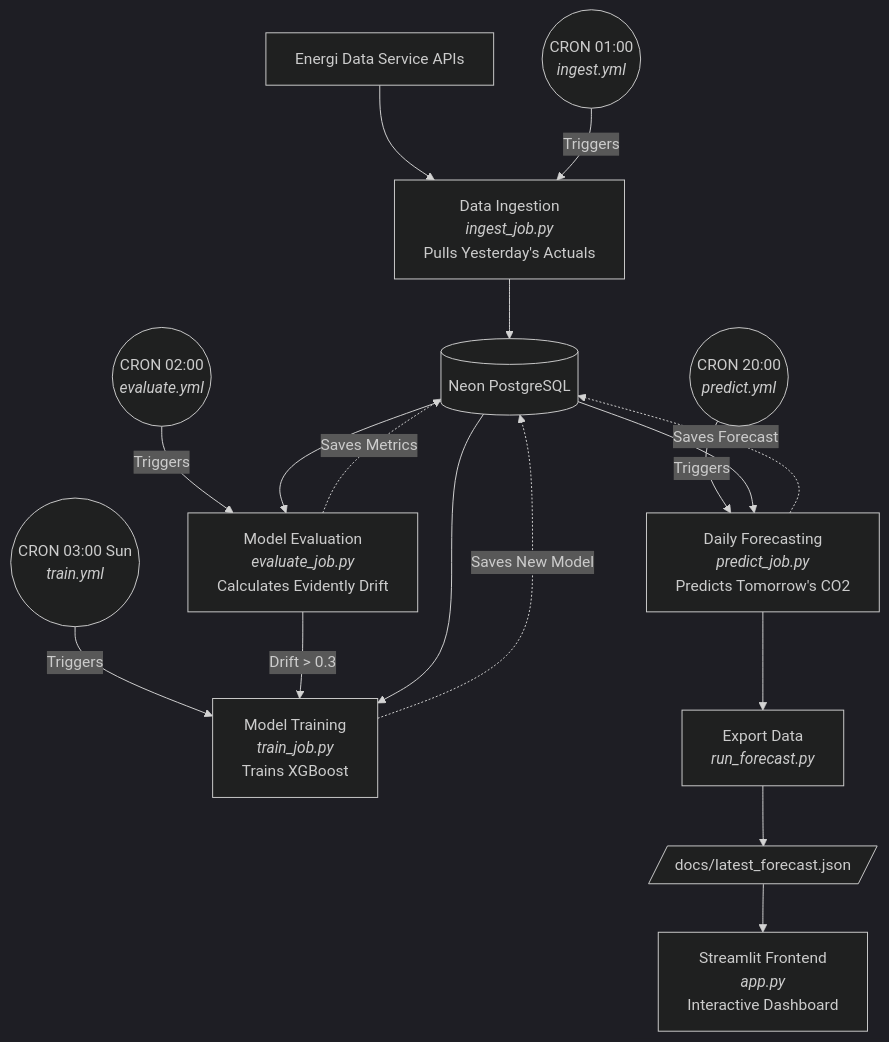
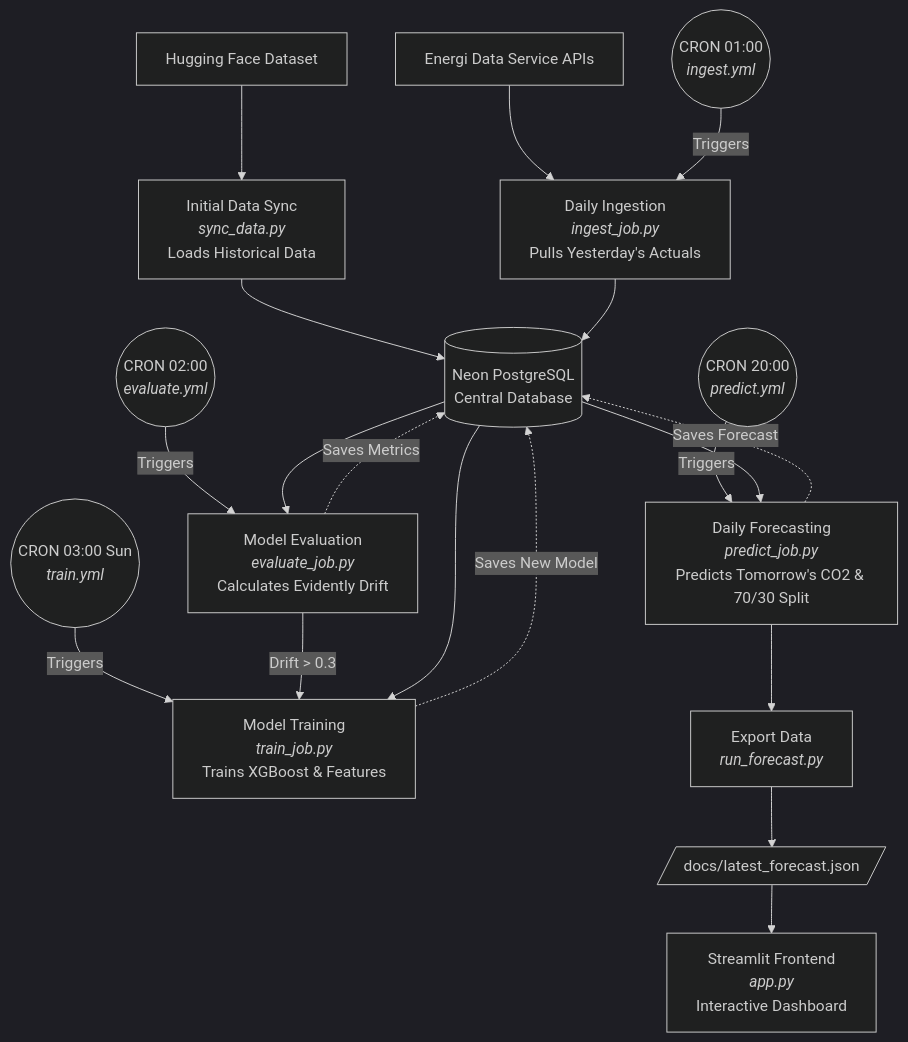
One commit to xprafulx/gridwise-guardian changed the diagram in README.md. Above: the diagram before and after it, drawn with Mermaid (dark theme). The commit also changed other lines of this file, not shown here.

````diff
--- a/README.md
+++ b/README.md
@@ -35,31 +35,35 @@
 ```mermaid
 flowchart TD
     %% External Data Sources
+    HF[Hugging Face Dataset] --> Sync
     API[Energi Data Service APIs] --> Ingest
+
+    %% 0. Initial Setup (The Bootstrap)
+    Sync[Initial Data Sync<br/><i>sync_data.py</i><br/>Loads Historical Data] --> DB[(Neon PostgreSQL<br/>Central Database)]
 
     %% 1. Ingestion Job
     CRON1((CRON 01:00<br/><i>ingest.yml</i>)) -->|Triggers| Ingest
-    Ingest[Data Ingestion<br/><i>ingest_job.py</i><br/>Pulls Yesterday's Actuals] --> DB[(Neon PostgreSQL)]
+    Ingest[Daily Ingestion<br/><i>ingest_job.py</i><br/>Pulls Yesterday's Actuals] --> DB
 
     %% 2. Evaluation Job
     CRON2((CRON 02:00<br/><i>evaluate.yml</i>)) -->|Triggers| Eval
     DB --> Eval[Model Evaluation<br/><i>evaluate_job.py</i><br/>Calculates Evidently Drift]
     Eval -. Saves Metrics .-> DB
 
     %% 3. Training Job
     CRON3((CRON 03:00 Sun<br/><i>train.yml</i>)) -->|Triggers| Train
     Eval -->|Drift > 0.3| Train
-    DB --> Train[Model Training<br/><i>train_job.py</i><br/>Trains XGBoost]
+    DB --> Train[Model Training<br/><i>train_job.py</i><br/>Trains XGBoost & Features]
     Train -. Saves New Model .-> DB
 
     %% 4. Prediction Job
     CRON4((CRON 20:00<br/><i>predict.yml</i>)) -->|Triggers| Predict
-    DB --> Predict[Daily Forecasting<br/><i>predict_job.py</i><br/>Predicts Tomorrow's CO2]
+    DB --> Predict[Daily Forecasting<br/><i>predict_job.py</i><br/>Predicts Tomorrow's CO2 & 70/30 Split]
     Predict -. Saves Forecast .-> DB
 
     %% Export and Frontend Delivery
     Predict --> Export[Export Data<br/><i>run_forecast.py</i>]
     Export --> JSON[/docs/latest_forecast.json/]
     
     JSON --> UI[Streamlit Frontend<br/><i>app.py</i><br/>Interactive Dashboard]
 ```
````
